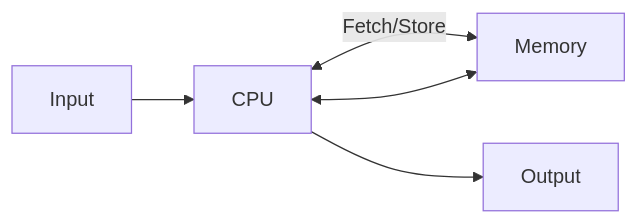
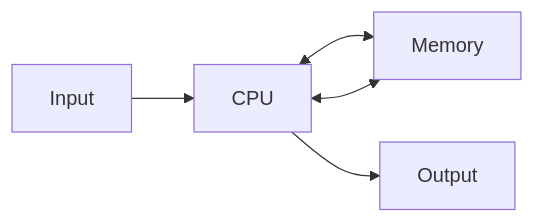
The diagram in neuromorphic_v.1.qmd (nghess/neuromorphic), drawn with Mermaid before and after one commit. The commit also changed other lines of this file and 3 other files, not shown here.

````diff
--- a/neuromorphic_v.1.qmd
+++ b/neuromorphic_v.1.qmd
@@ -30,7 +31,7 @@
 ```{mermaid}
 flowchart LR
     Input --> CPU
-    CPU <-->|Fetch/Store| Memory
+    CPU <--> Memory
     Memory <--> CPU
     CPU --> Output
 ```
````
